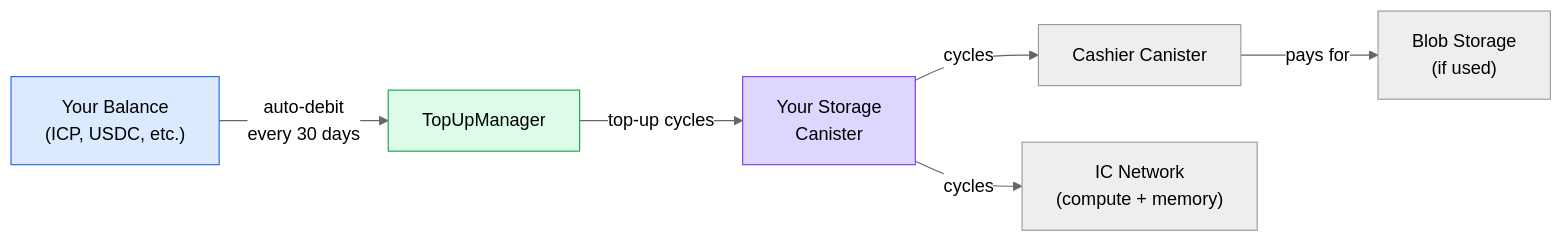
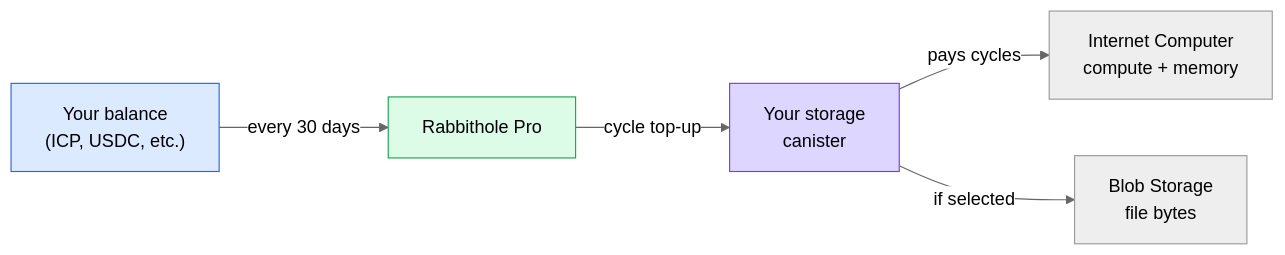
The first of 2 diagrams in apps/docs/src/en/how-it-works/payment.md (rabbithole-app/v2), drawn with Mermaid (neutral theme) before and after one commit. The commit also changed other lines of this file and 60 other files, not shown here.

````diff
--- a/apps/docs/src/en/how-it-works/payment.md
+++ b/apps/docs/src/en/how-it-works/payment.md
@@ -18,11 +24,10 @@
 ```mermaid
 flowchart LR
-    U["Your Balance<br/>(ICP, USDC, etc.)"] -->|auto-debit<br/>every 30 days| TM[TopUpManager]
-    TM -->|top-up cycles| C["Your Storage<br/>Canister"]
-    C -->|cycles| CA[Cashier Canister]
-    CA -->|pays for| BS["Blob Storage<br/>(if used)"]
-    C -->|cycles| IC["IC Network<br/>(compute + memory)"]
+    U["Your balance<br/>(ICP, USDC, etc.)"] -->|every 30 days| R[Rabbithole Pro]
+    R -->|cycle top-up| C["Your storage<br/>canister"]
+    C -->|pays cycles| IC["Internet Computer<br/>compute + memory"]
+    C -->|if selected| BS["Blob Storage<br/>file bytes"]
     style U fill:#dbeafe,stroke:#2563eb
-    style TM fill:#dcfce7,stroke:#16a34a
+    style R fill:#dcfce7,stroke:#16a34a
     style C fill:#ddd6fe,stroke:#7c3aed
 ```
````
